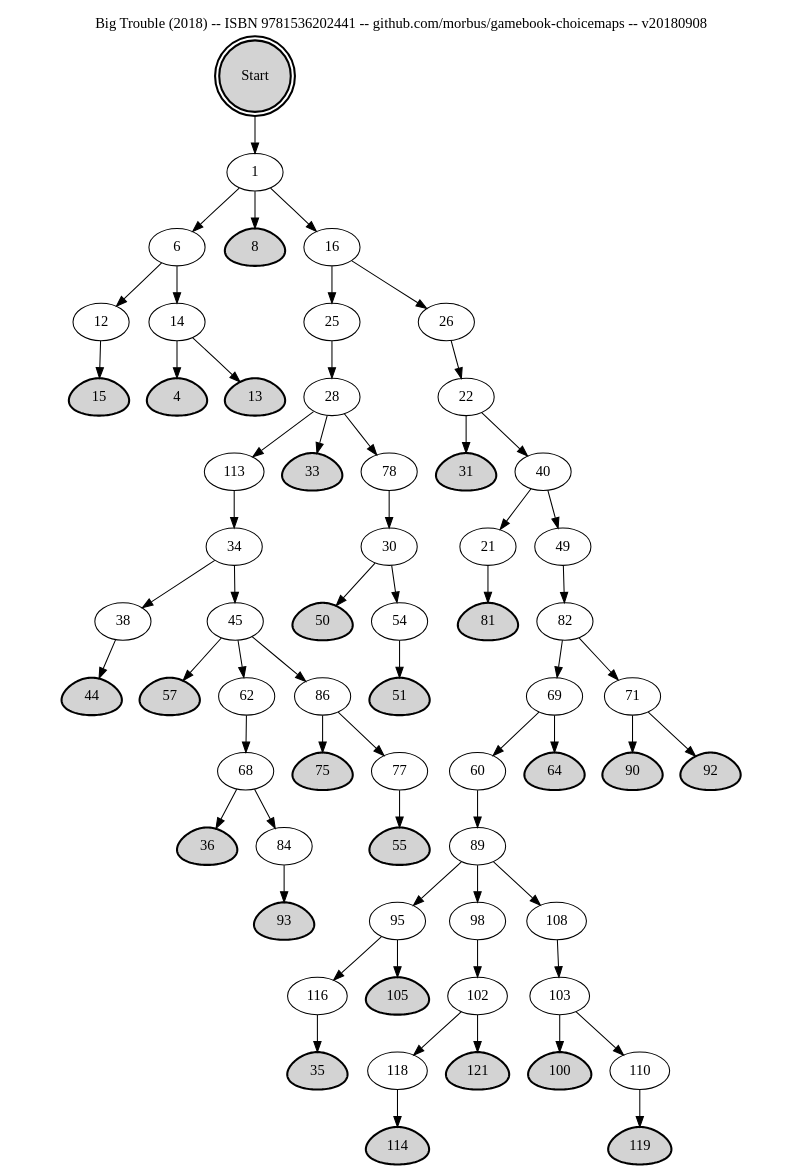
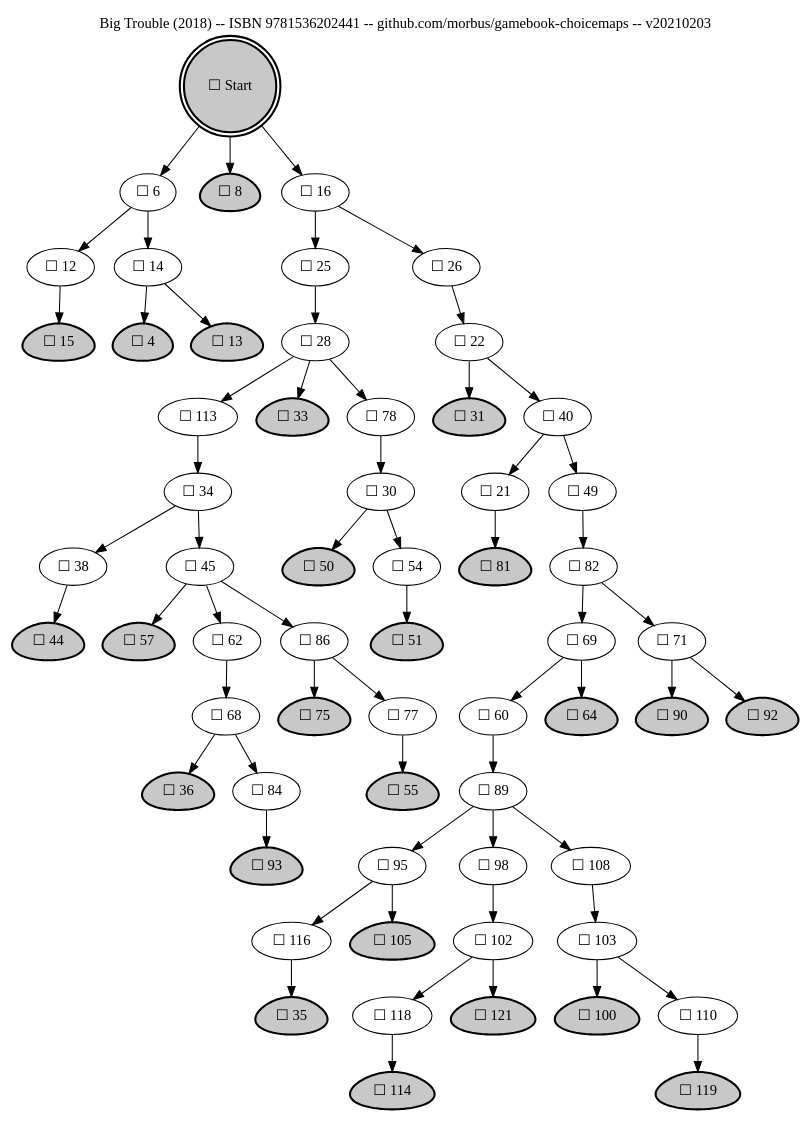
The diagram in choicemaps/big-trouble--2018--isbn-9781536202441/big-trouble--2018--isbn-9781536202441.gv (morbus/gamebook-choicemaps), drawn with Graphviz before and after one commit. The commit also changed 4 other files, not shown here.

```diff
--- a/choicemaps/big-trouble--2018--isbn-9781536202441/big-trouble--2018--isbn-9781536202441.gv
+++ b/choicemaps/big-trouble--2018--isbn-9781536202441/big-trouble--2018--isbn-9781536202441.gv
@@ -1,194 +1,191 @@
-digraph "Big Trouble (2018) -- ISBN 9781536202441 -- github.com/morbus/gamebook-choicemaps -- v20180908" {
+digraph "Big Trouble (2018) -- ISBN 9781536202441 -- github.com/morbus/gamebook-choicemaps -- v20210203" {
 rankdir=TB
 
 
-"Start" [shape=doublecircle style="filled,bold" tooltip="4"]
-"Start" -> "1"
+"Start" [shape=doublecircle style="filled,bold" fillcolor="#C8C8C8" label="☐ Start" tooltip="4"]
+"Start" -> "6"
+"Start" -> "8"
+"Start" -> "16"
 
-"1" [tooltip="5"]
-"1" -> "6"
-"1" -> "8"
-"1" -> "16"
+"4" [shape=egg style="filled,bold" fillcolor="#C8C8C8" label="☐ 4" tooltip="5"]
 
-"4" [shape=egg style="filled,bold" tooltip="6"]
-
-"6" [tooltip="7"]
+"6" [fillcolor="#FFFFFF" label="☐ 6" tooltip="6"]
 "6" -> "12"
 "6" -> "14"
 
-"8" [shape=egg style="filled,bold" tooltip="8"]
+"8" [shape=egg style="filled,bold" fillcolor="#C8C8C8" label="☐ 8" tooltip="7"]
 
-"12" [tooltip="9"]
+"12" [fillcolor="#FFFFFF" label="☐ 12" tooltip="8"]
 "12" -> "15"
 
-"13" [shape=egg style="filled,bold" tooltip="10"]
+"13" [shape=egg style="filled,bold" fillcolor="#C8C8C8" label="☐ 13" tooltip="9"]
 
-"14" [tooltip="11"]
+"14" [fillcolor="#FFFFFF" label="☐ 14" tooltip="10"]
 "14" -> "4"
 "14" -> "13"
 
-"15" [shape=egg style="filled,bold" tooltip="12"]
+"15" [shape=egg style="filled,bold" fillcolor="#C8C8C8" label="☐ 15" tooltip="11"]
 
-"16" [tooltip="13"]
+"16" [fillcolor="#FFFFFF" label="☐ 16" tooltip="12"]
 "16" -> "25"
 "16" -> "26"
 
-"21" [tooltip="14"]
+"21" [fillcolor="#FFFFFF" label="☐ 21" tooltip="13"]
 "21" -> "81"
 
-"22" [tooltip="15"]
+"22" [fillcolor="#FFFFFF" label="☐ 22" tooltip="14"]
 "22" -> "31"
 "22" -> "40"
 
-"25" [tooltip="16"]
+"25" [fillcolor="#FFFFFF" label="☐ 25" tooltip="15"]
 "25" -> "28"
 
-"26" [tooltip="17"]
+"26" [fillcolor="#FFFFFF" label="☐ 26" tooltip="16"]
 "26" -> "22"
 
-"28" [tooltip="18"]
+"28" [fillcolor="#FFFFFF" label="☐ 28" tooltip="17"]
 "28" -> "113"
 "28" -> "33"
 "28" -> "78"
 
-"30" [tooltip="19"]
+"30" [fillcolor="#FFFFFF" label="☐ 30" tooltip="18"]
 "30" -> "50"
 "30" -> "54"
 
-"31" [shape=egg style="filled,bold" tooltip="20"]
+"31" [shape=egg style="filled,bold" fillcolor="#C8C8C8" label="☐ 31" tooltip="19"]
 
-"33" [shape=egg style="filled,bold" tooltip="21"]
+"33" [shape=egg style="filled,bold" fillcolor="#C8C8C8" label="☐ 33" tooltip="20"]
 
-"34" [tooltip="22"]
+"34" [fillcolor="#FFFFFF" label="☐ 34" tooltip="21"]
 "34" -> "38"
 "34" -> "45"
 
-"35" [shape=egg style="filled,bold" tooltip="23"]
+"35" [shape=egg style="filled,bold" fillcolor="#C8C8C8" label="☐ 35" tooltip="22"]
 
-"36" [shape=egg style="filled,bold" tooltip="24"]
+"36" [shape=egg style="filled,bold" fillcolor="#C8C8C8" label="☐ 36" tooltip="23"]
 
-"38" [tooltip="25"]
+"38" [fillcolor="#FFFFFF" label="☐ 38" tooltip="24"]
 "38" -> "44"
 
-"40" [tooltip="26"]
+"40" [fillcolor="#FFFFFF" label="☐ 40" tooltip="25"]
 "40" -> "21"
 "40" -> "49"
 
-"44" [shape=egg style="filled,bold" tooltip="27"]
+"44" [shape=egg style="filled,bold" fillcolor="#C8C8C8" label="☐ 44" tooltip="26"]
 
-"45" [tooltip="28"]
+"45" [fillcolor="#FFFFFF" label="☐ 45" tooltip="27"]
 "45" -> "57"
 "45" -> "62"
 "45" -> "86"
 
-"49" [tooltip="29"]
+"49" [fillcolor="#FFFFFF" label="☐ 49" tooltip="28"]
 "49" -> "82"
 
-"50" [shape=egg style="filled,bold" tooltip="30"]
+"50" [shape=egg style="filled,bold" fillcolor="#C8C8C8" label="☐ 50" tooltip="29"]
 
-"51" [shape=egg style="filled,bold" tooltip="31"]
+"51" [shape=egg style="filled,bold" fillcolor="#C8C8C8" label="☐ 51" tooltip="30"]
 
-"54" [tooltip="32"]
+"54" [fillcolor="#FFFFFF" label="☐ 54" tooltip="31"]
 "54" -> "51"
 
-"55" [shape=egg style="filled,bold" tooltip="33"]
+"55" [shape=egg style="filled,bold" fillcolor="#C8C8C8" label="☐ 55" tooltip="32"]
 
-"57" [shape=egg style="filled,bold" tooltip="34"]
+"57" [shape=egg style="filled,bold" fillcolor="#C8C8C8" label="☐ 57" tooltip="33"]
 
-"60" [tooltip="35"]
+"60" [fillcolor="#FFFFFF" label="☐ 60" tooltip="34"]
 "60" -> "89"
 
-"62" [tooltip="36"]
+"62" [fillcolor="#FFFFFF" label="☐ 62" tooltip="35"]
 "62" -> "68"
 
-"64" [shape=egg style="filled,bold" tooltip="37"]
+"64" [shape=egg style="filled,bold" fillcolor="#C8C8C8" label="☐ 64" tooltip="36"]
 
-"68" [tooltip="38"]
+"68" [fillcolor="#FFFFFF" label="☐ 68" tooltip="37"]
 "68" -> "36"
 "68" -> "84"
 
-"69" [tooltip="39"]
+"69" [fillcolor="#FFFFFF" label="☐ 69" tooltip="38"]
 "69" -> "60"
 "69" -> "64"
 
-"71" [tooltip="40"]
+"71" [fillcolor="#FFFFFF" label="☐ 71" tooltip="39"]
 "71" -> "90"
 "71" -> "92"
 
-"75" [shape=egg style="filled,bold" tooltip="41"]
+"75" [shape=egg style="filled,bold" fillcolor="#C8C8C8" label="☐ 75" tooltip="40"]
 
-"77" [tooltip="42"]
+"77" [fillcolor="#FFFFFF" label="☐ 77" tooltip="41"]
 "77" -> "55"
 
-"78" [tooltip="43"]
+"78" [fillcolor="#FFFFFF" label="☐ 78" tooltip="42"]
 "78" -> "30"
 
-"81" [shape=egg style="filled,bold" tooltip="44"]
+"81" [shape=egg style="filled,bold" fillcolor="#C8C8C8" label="☐ 81" tooltip="43"]
 
-"82" [tooltip="45"]
+"82" [fillcolor="#FFFFFF" label="☐ 82" tooltip="44"]
 "82" -> "69"
 "82" -> "71"
 
-"84" [tooltip="46"]
+"84" [fillcolor="#FFFFFF" label="☐ 84" tooltip="45"]
 "84" -> "93"
 
-"86" [tooltip="47"]
+"86" [fillcolor="#FFFFFF" label="☐ 86" tooltip="46"]
 "86" -> "75"
 "86" -> "77"
 
-"89" [tooltip="48"]
+"89" [fillcolor="#FFFFFF" label="☐ 89" tooltip="47"]
 "89" -> "95"
 "89" -> "98"
 "89" -> "108"
 
-"90" [shape=egg style="filled,bold" tooltip="49"]
+"90" [shape=egg style="filled,bold" fillcolor="#C8C8C8" label="☐ 90" tooltip="48"]
 
-"92" [shape=egg style="filled,bold" tooltip="50"]
+"92" [shape=egg style="filled,bold" fillcolor="#C8C8C8" label="☐ 92" tooltip="49"]
 
-"93" [shape=egg style="filled,bold" tooltip="51"]
+"93" [shape=egg style="filled,bold" fillcolor="#C8C8C8" label="☐ 93" tooltip="50"]
 
-"95" [tooltip="52"]
+"95" [fillcolor="#FFFFFF" label="☐ 95" tooltip="51"]
 "95" -> "116"
 "95" -> "105"
 
-"98" [tooltip="53"]
+"98" [fillcolor="#FFFFFF" label="☐ 98" tooltip="52"]
 "98" -> "102"
 
-"100" [shape=egg style="filled,bold" tooltip="54"]
+"100" [shape=egg style="filled,bold" fillcolor="#C8C8C8" label="☐ 100" tooltip="53"]
 
-"102" [tooltip="55"]
+"102" [fillcolor="#FFFFFF" label="☐ 102" tooltip="54"]
 "102" -> "118"
 "102" -> "121"
 
-"103" [tooltip="56"]
+"103" [fillcolor="#FFFFFF" label="☐ 103" tooltip="55"]
 "103" -> "100"
 "103" -> "110"
 
-"105" [shape=egg style="filled,bold" tooltip="57"]
+"105" [shape=egg style="filled,bold" fillcolor="#C8C8C8" label="☐ 105" tooltip="56"]
 
-"108" [tooltip="58"]
+"108" [fillcolor="#FFFFFF" label="☐ 108" tooltip="57"]
 "108" -> "103"
 
-"110" [tooltip="59"]
+"110" [fillcolor="#FFFFFF" label="☐ 110" tooltip="58"]
 "110" -> "119"
 
-"113" [tooltip="60"]
+"113" [fillcolor="#FFFFFF" label="☐ 113" tooltip="59"]
 "113" -> "34"
 
-"114" [shape=egg style="filled,bold" tooltip="61"]
+"114" [shape=egg style="filled,bold" fillcolor="#C8C8C8" label="☐ 114" tooltip="60"]
 
-"116" [tooltip="62"]
+"116" [fillcolor="#FFFFFF" label="☐ 116" tooltip="61"]
 "116" -> "35"
 
-"118" [tooltip="63"]
+"118" [fillcolor="#FFFFFF" label="☐ 118" tooltip="62"]
 "118" -> "114"
 
-"119" [shape=egg style="filled,bold" tooltip="64"]
+"119" [shape=egg style="filled,bold" fillcolor="#C8C8C8" label="☐ 119" tooltip="63"]
 
-"121" [shape=egg style="filled,bold" tooltip="65"]
+"121" [shape=egg style="filled,bold" fillcolor="#C8C8C8" label="☐ 121" tooltip="64"]
 
 labelloc="t"
 
-label="Big Trouble (2018) -- ISBN 9781536202441 -- github.com/morbus/gamebook-choicemaps -- v20180908"
+label="Big Trouble (2018) -- ISBN 9781536202441 -- github.com/morbus/gamebook-choicemaps -- v20210203"
 
 }
```
